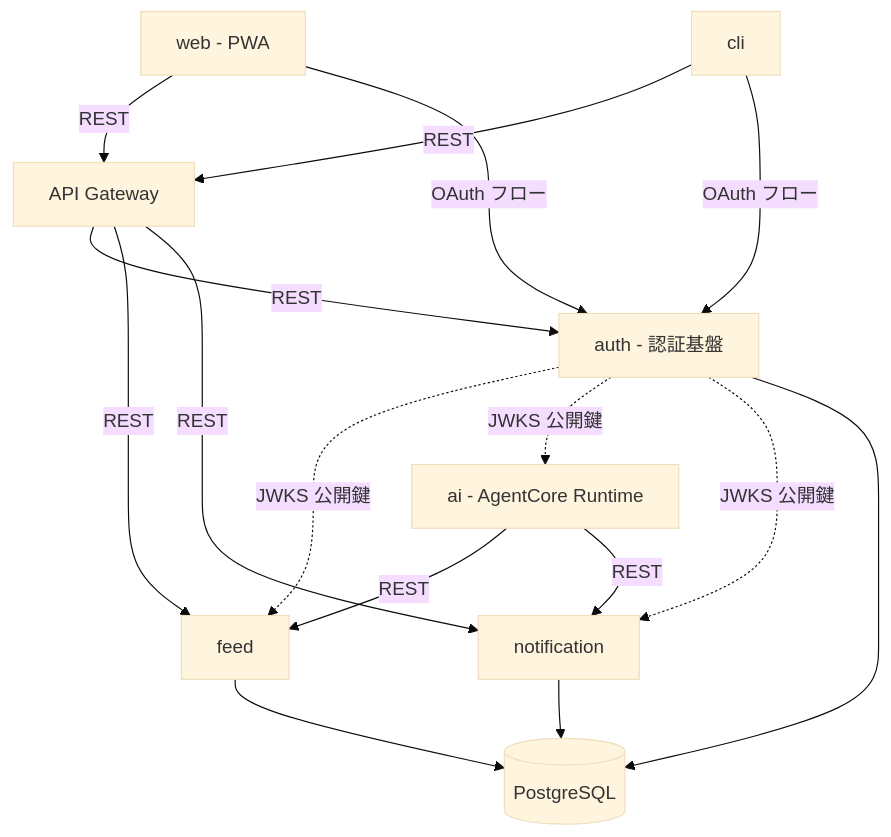
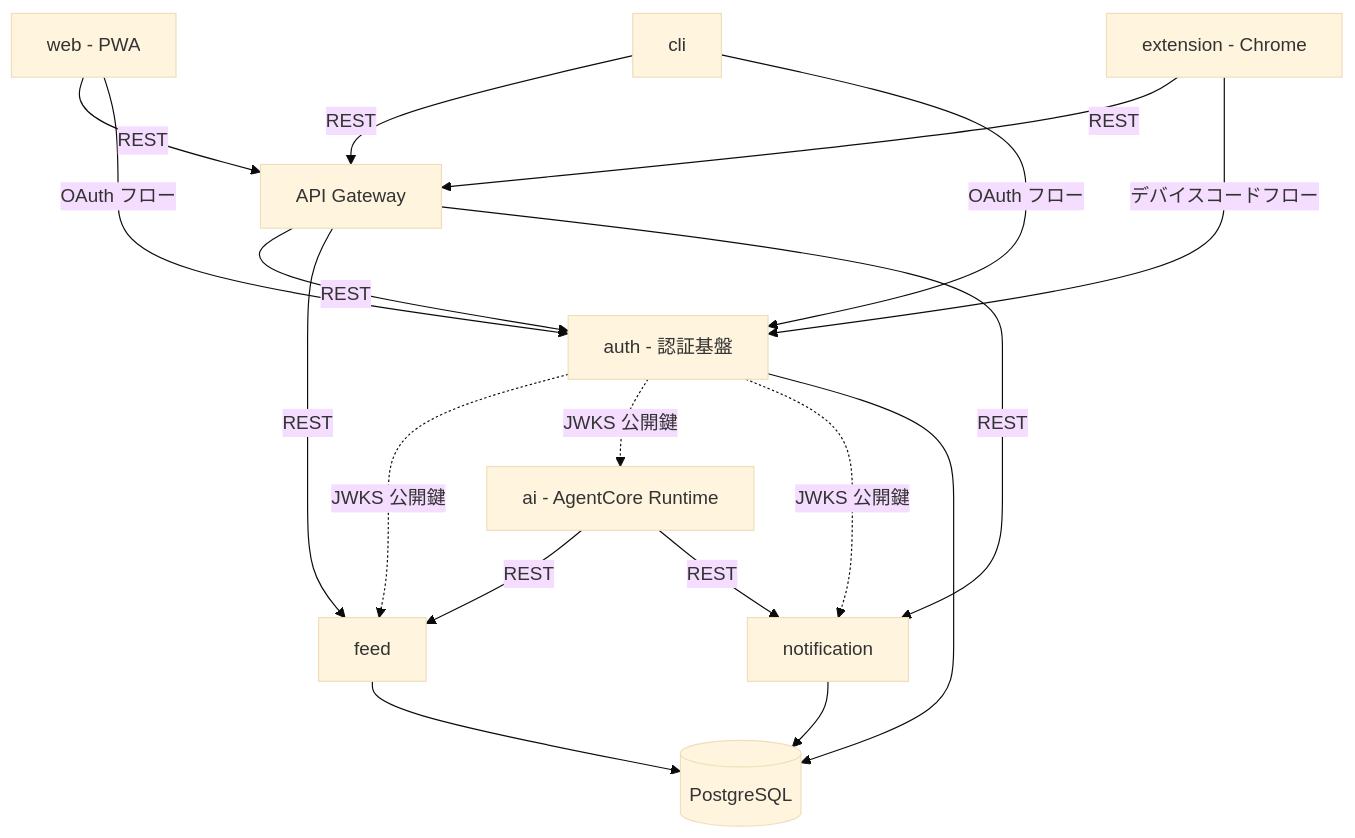
Before and after one commit to sori883/bookmark-rss-tyoukan: the first of 4 diagrams in docs/02.技術設計.md, drawn with Mermaid (base theme). The commit also changed other lines of this file and 22 other files, not shown here.

````diff
--- a/docs/02.技術設計.md
+++ b/docs/02.技術設計.md
@@ -12,23 +12,25 @@
 ```mermaid
 graph TD
     web[web - PWA] -->|REST| gw[API Gateway]
     cli[cli] -->|REST| gw
+    ext[extension - Chrome] -->|REST| gw
 
     web -->|OAuth フロー| auth[auth - 認証基盤]
     cli -->|OAuth フロー| auth
+    ext -->|デバイスコードフロー| auth
 
     gw -->|REST| auth
     gw -->|REST| feed[feed]
     gw -->|REST| notification[notification]
 
     auth -.->|JWKS 公開鍵| feed
     auth -.->|JWKS 公開鍵| ai
     auth -.->|JWKS 公開鍵| notification
 
     ai[ai - AgentCore Runtime] -->|REST| feed
     ai -->|REST| notification
 
     auth --> db[(PostgreSQL)]
     feed --> db
     notification --> db
 ```
````
